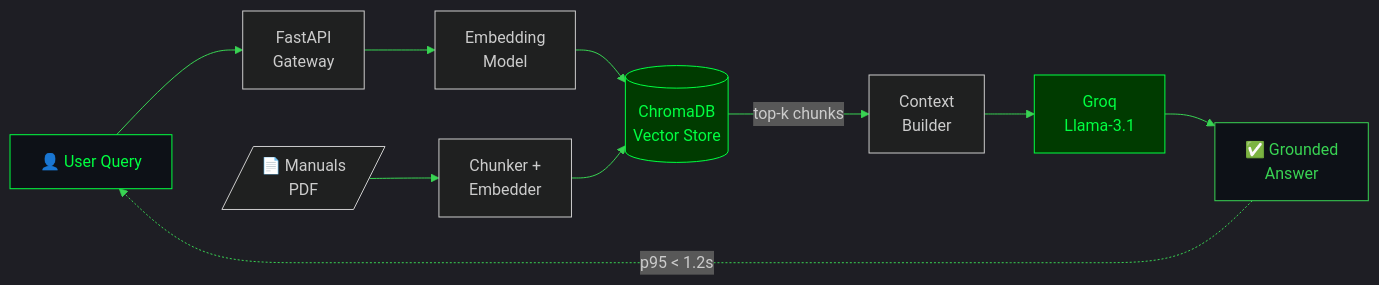
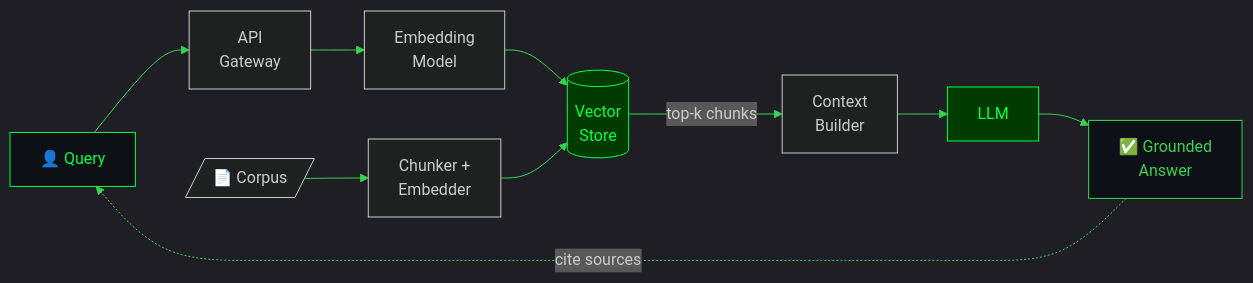
The first of 4 diagrams in README.md (Vijayxx/Vijayxx), drawn with Mermaid before and after one commit. The commit also changed other lines of this file, not shown here.

````diff
--- a/README.md
+++ b/README.md
@@ -91,19 +92,19 @@
 ```mermaid
 %%{init: {'theme':'dark', 'themeVariables': {'primaryColor':'#0D1117','primaryTextColor':'#00FF41','primaryBorderColor':'#00FF41','lineColor':'#39d353','secondaryColor':'#003B00','tertiaryColor':'#0D1117','fontFamily':'Fira Code'}}}%%
 flowchart LR
-    A["👤 User Query"] --> B["FastAPI<br/>Gateway"]
+    A["👤 Query"] --> B["API<br/>Gateway"]
     B --> C["Embedding<br/>Model"]
-    C --> D[("ChromaDB<br/>Vector Store")]
+    C --> D[("Vector<br/>Store")]
     D -->|"top-k chunks"| E["Context<br/>Builder"]
-    E --> F["Groq<br/>Llama-3.1"]
+    E --> F["LLM"]
     F --> G["✅ Grounded<br/>Answer"]
-    G -.->|"p95 < 1.2s"| A
+    G -.->|"cite sources"| A
 
-    H[/"📄 Manuals<br/>PDF"/] --> I["Chunker +<br/>Embedder"]
+    H[/"📄 Corpus"/] --> I["Chunker +<br/>Embedder"]
     I --> D
 
     style A fill:#0D1117,stroke:#00FF41,color:#00FF41
     style D fill:#003B00,stroke:#00FF41,color:#00FF41
     style F fill:#003B00,stroke:#00FF41,color:#00FF41
     style G fill:#0D1117,stroke:#39d353,color:#39d353
 ```
````
